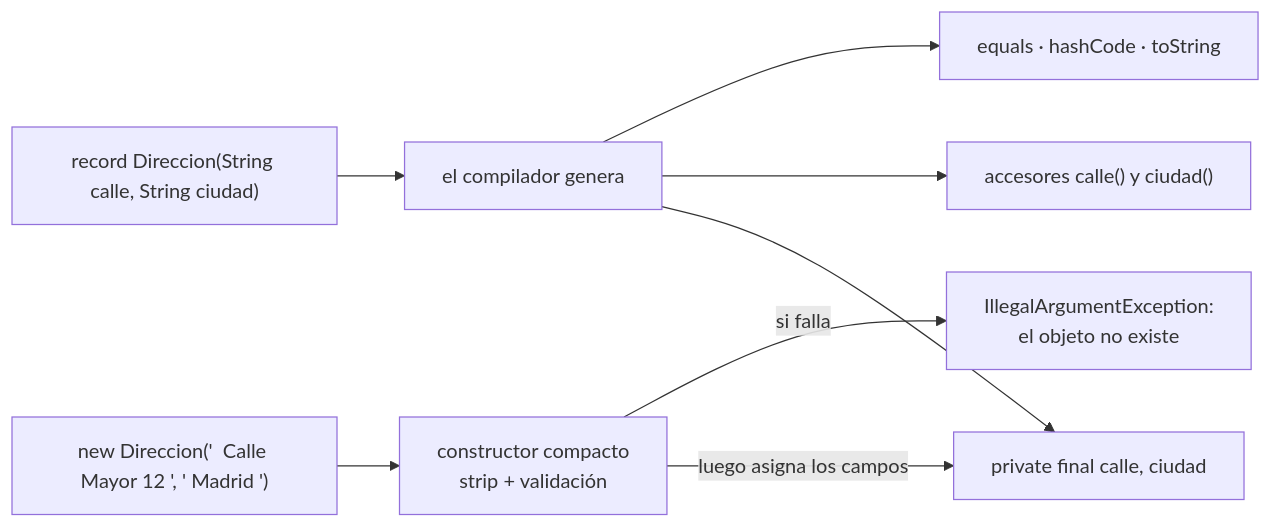
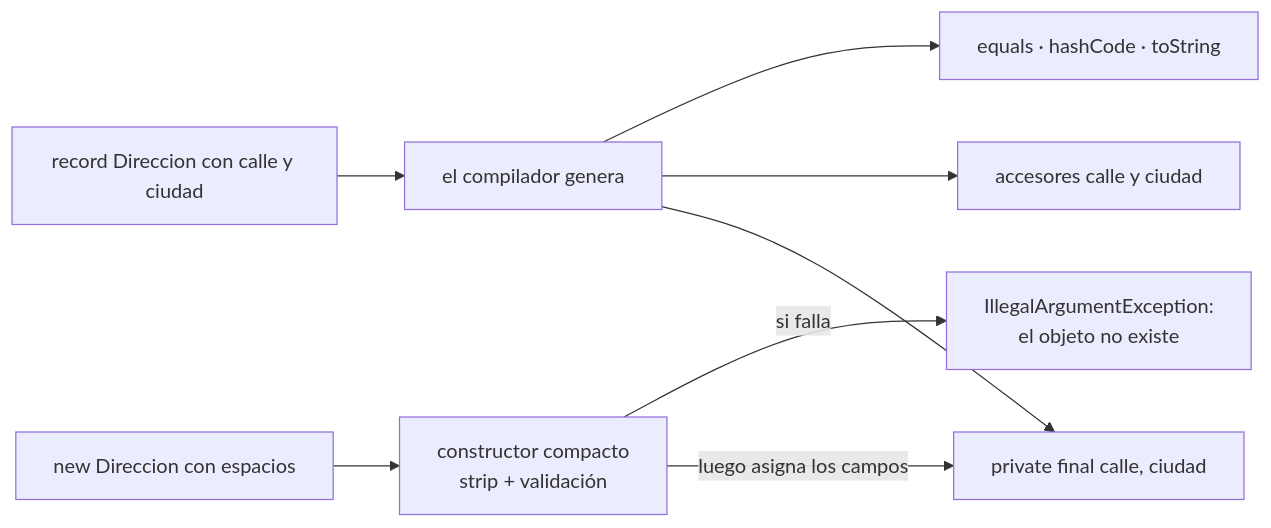
The fifth of 6 diagrams in web/public/content/java/modulo-1.md (NICORUIZ93/The_Imperial_Book), drawn with Mermaid before and after one commit. The commit also changed other lines of this file and 65 other files, not shown here.

````diff
--- a/web/public/content/java/modulo-1.md
+++ b/web/public/content/java/modulo-1.md
@@ -3763,10 +4156,10 @@
 ```mermaid
 flowchart LR
-    R["record Direccion(String calle, String ciudad)"] --> G["el compilador genera"]
+    R["record Direccion con calle y ciudad"] --> G["el compilador genera"]
     G --> F["private final calle, ciudad"]
-    G --> A["accesores calle() y ciudad()"]
+    G --> A["accesores calle y ciudad"]
     G --> E["equals · hashCode · toString"]
-    N["new Direccion('  Calle Mayor 12 ', ' Madrid ')"] --> K["constructor compacto<br/>strip + validación"]
+    N["new Direccion con espacios"] --> K["constructor compacto<br/>strip + validación"]
     K -->|"luego asigna los campos"| F
     K -->|"si falla"| X["IllegalArgumentException:<br/>el objeto no existe"]
 ```
````
